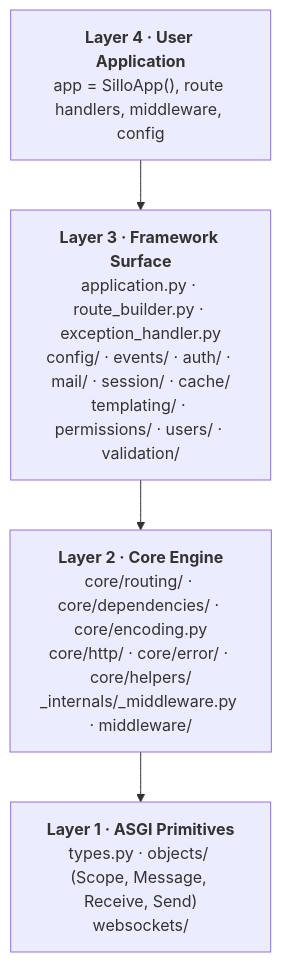
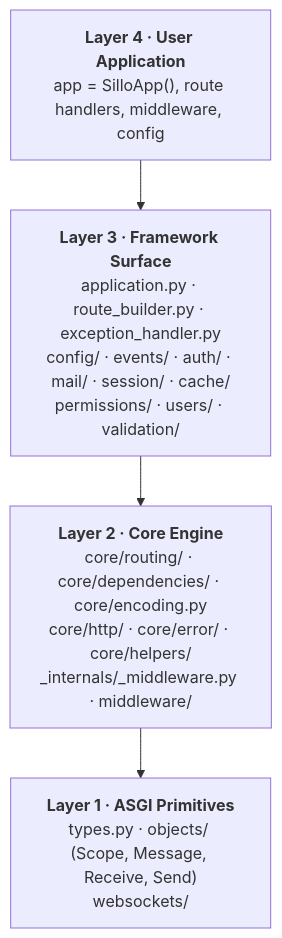
Before and after one commit to sillohq/core: the first of 7 diagrams in docs/docs/src/content/docs/v1.0/advanced/architecture-overview.md, drawn with Mermaid. The commit also changed other lines of this file and 94 other files, not shown here.

````diff
--- a/docs/docs/src/content/docs/v1.0/advanced/architecture-overview.md
+++ b/docs/docs/src/content/docs/v1.0/advanced/architecture-overview.md
@@ -14,9 +14,9 @@
 ```mermaid
 graph TD
     L4["<b>Layer 4 · User Application</b><br/>app = SilloApp(), route handlers, middleware, config"]
-    L3["<b>Layer 3 · Framework Surface</b><br/>application.py · route_builder.py · exception_handler.py<br/>config/ · events/ · auth/ · mail/ · session/ · cache/<br/>templating/ · permissions/ · users/ · validation/"]
+    L3["<b>Layer 3 · Framework Surface</b><br/>application.py · route_builder.py · exception_handler.py<br/>config/ · events/ · auth/ · mail/ · session/ · cache/<br/>permissions/ · users/ · validation/"]
     L2["<b>Layer 2 · Core Engine</b><br/>core/routing/ · core/dependencies/ · core/encoding.py<br/>core/http/ · core/error/ · core/helpers/<br/>_internals/_middleware.py · middleware/"]
     L1["<b>Layer 1 · ASGI Primitives</b><br/>types.py · objects/ (Scope, Message, Receive, Send)<br/>websockets/"]
 
     L4 --> L3 --> L2 --> L1
 ```
````
